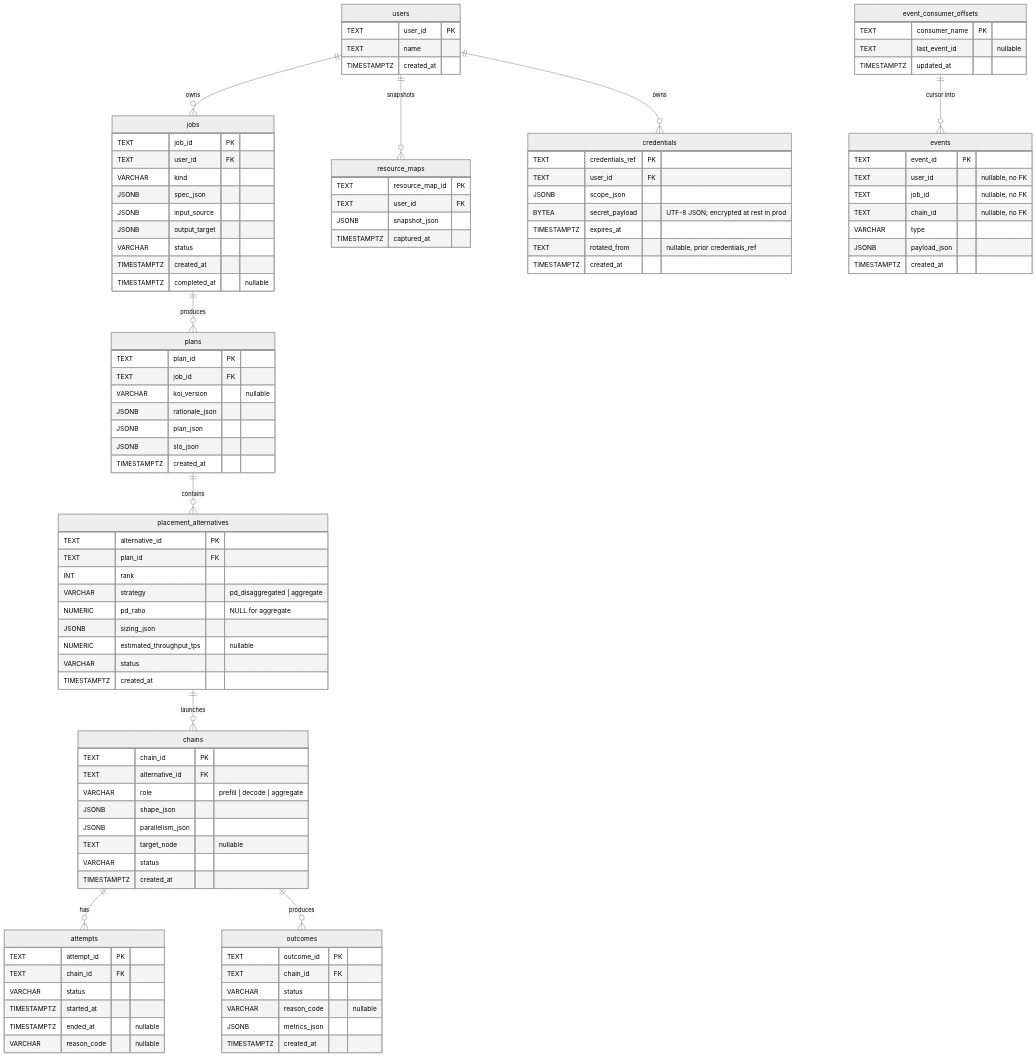
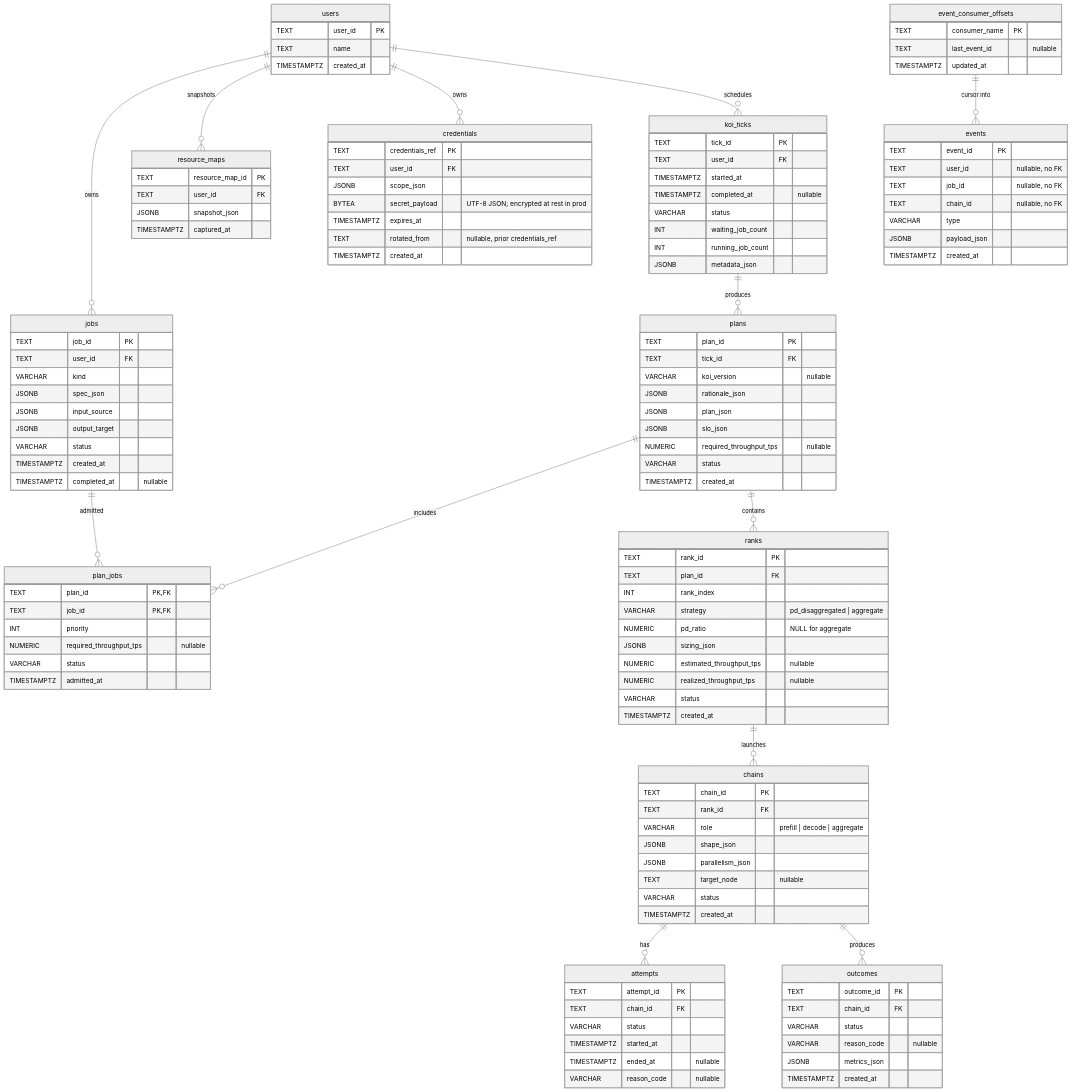
The diagram in DATABASE.md (Tandemn-Labs/tandemn-store), drawn with Mermaid (neutral theme) before and after one commit. The commit also changed other lines of this file and 18 other files, not shown here.

First line of the commit message:
schema: model Koi ticks, multi-job plans, and ranks

```diff
--- a/DATABASE.md
+++ b/DATABASE.md
@@ -18,12 +18,15 @@
     users ||--o{ jobs            : "owns"
     users ||--o{ resource_maps   : "snapshots"
     users ||--o{ credentials     : "owns"
+    users ||--o{ koi_ticks       : "schedules"
 
-    jobs ||--o{ plans          : "produces"
+    koi_ticks ||--o{ plans       : "produces"
+    plans ||--o{ plan_jobs       : "includes"
+    jobs ||--o{ plan_jobs        : "admitted"
 
-    plans ||--o{ placement_alternatives  : "contains"
+    plans ||--o{ ranks  : "contains"
 
-    placement_alternatives ||--o{ chains : "launches"
+    ranks ||--o{ chains : "launches"
 
     chains ||--o{ attempts  : "has"
     chains ||--o{ outcomes  : "produces"
@@ -54,31 +57,54 @@
       TIMESTAMPTZ completed_at "nullable"
     }
 
+    koi_ticks {
+      TEXT tick_id PK
+      TEXT user_id FK
+      TIMESTAMPTZ started_at
+      TIMESTAMPTZ completed_at "nullable"
+      VARCHAR status
+      INT waiting_job_count
+      INT running_job_count
+      JSONB metadata_json
+    }
+
     plans {
       TEXT plan_id PK
-      TEXT job_id FK
+      TEXT tick_id FK
       VARCHAR koi_version "nullable"
       JSONB rationale_json
       JSONB plan_json
       JSONB slo_json
+      NUMERIC required_throughput_tps "nullable"
+      VARCHAR status
       TIMESTAMPTZ created_at
     }
 
-    placement_alternatives {
-      TEXT alternative_id PK
+    plan_jobs {
+      TEXT plan_id PK, FK
+      TEXT job_id PK, FK
+      INT priority
+      NUMERIC required_throughput_tps "nullable"
+      VARCHAR status
+      TIMESTAMPTZ admitted_at
+    }
+
+    ranks {
+      TEXT rank_id PK
       TEXT plan_id FK
-      INT rank
+      INT rank_index
       VARCHAR strategy "pd_disaggregated | aggregate"
       NUMERIC pd_ratio "NULL for aggregate"
       JSONB sizing_json
       NUMERIC estimated_throughput_tps "nullable"
+      NUMERIC realized_throughput_tps "nullable"
       VARCHAR status
       TIMESTAMPTZ created_at
     }
 
     chains {
       TEXT chain_id PK
-      TEXT alternative_id FK
+      TEXT rank_id FK
       VARCHAR role "prefill | decode | aggregate"
       JSONB shape_json
       JSONB parallelism_json
```
